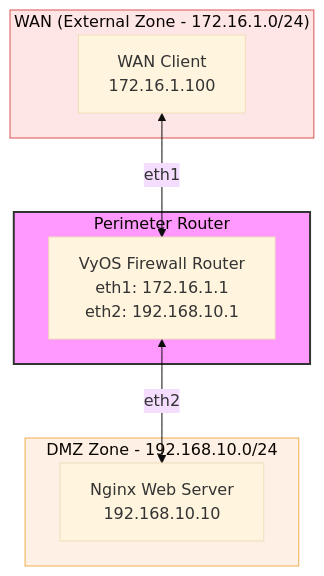
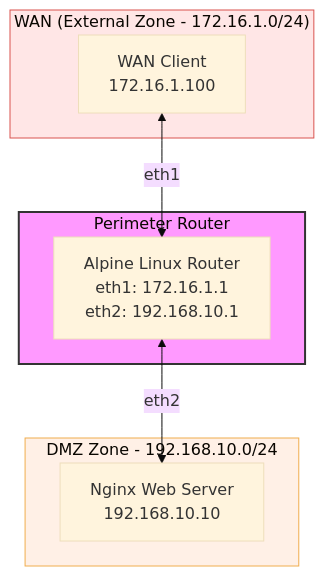
The diagram in tutorials/physical-firewalls.md (sealneaward/network-design), drawn with Mermaid (base theme) before and after one commit. The commit also changed other lines of this file, not shown here.

````diff
--- a/tutorials/physical-firewalls.md
+++ b/tutorials/physical-firewalls.md
@@ -11,21 +11,21 @@
 ```mermaid
 graph TD
     subgraph WAN ["WAN (External Zone - 172.16.1.0/24)"]
         WAN_Client["WAN Client<br/>172.16.1.100"]
     end
 
     subgraph FIREWALL ["Perimeter Router"]
-        VyOS["VyOS Firewall Router<br/>eth1: 172.16.1.1<br/>eth2: 192.168.10.1"]
+        Router["Alpine Linux Router<br/>eth1: 172.16.1.1<br/>eth2: 192.168.10.1"]
     end
 
     subgraph DMZ ["DMZ Zone - 192.168.10.0/24"]
         DMZ_Server["Nginx Web Server<br/>192.168.10.10"]
     end
 
-    WAN_Client <-->|eth1| VyOS
-    VyOS <-->|eth2| DMZ_Server
+    WAN_Client <-->|eth1| Router
+    Router <-->|eth2| DMZ_Server
 
     style FIREWALL fill:#f9f,stroke:#333,stroke-width:2px
     style WAN fill:#ffe6e6,stroke:#d9534f,stroke-width:1px
     style DMZ fill:#fff0e6,stroke:#f0ad4e,stroke-width:1px
 ```
````
